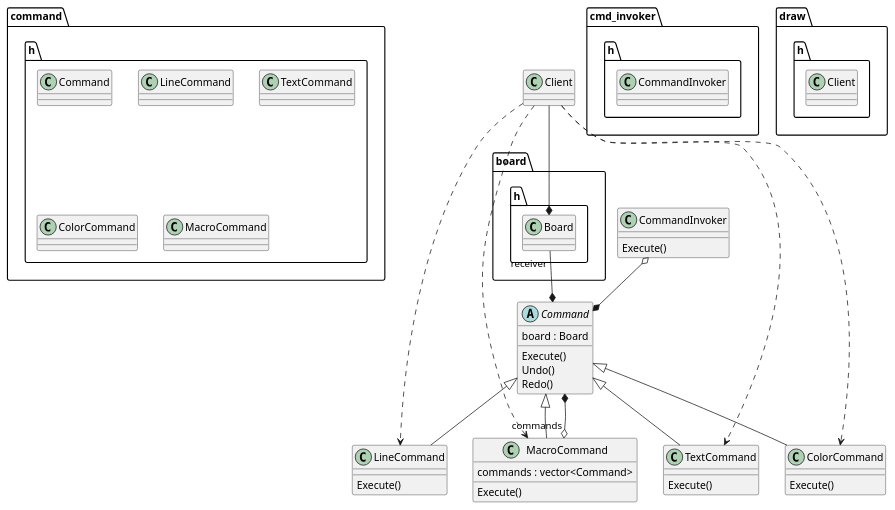
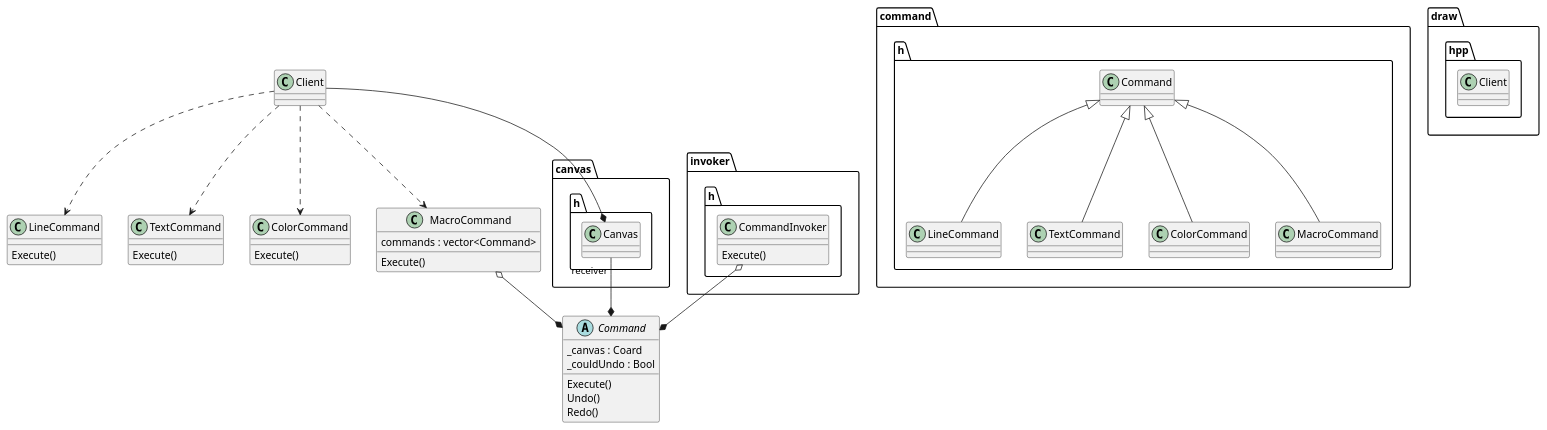
One commit to Farrrrland/Fudan_OOT_2022 changed the third of 4 diagrams in Design.md. Above: the diagram before and after it, drawn with PlantUML. The commit also changed other lines of this file, not shown here.

````diff
--- a/Design.md
+++ b/Design.md
@@ -71,60 +59,50 @@
 ```plantuml
 @startuml
 package command.h {
-    class Command
-    class LineCommand
-    class TextCommand
-    class ColorCommand
-    class MacroCommand
+    class LineCommand extends Command
+    class TextCommand extends Command
+    class ColorCommand extends Command
+    class MacroCommand extends Command
 }
 abstract class Command {
-    board : Board
+    _canvas : Coard
+    _couldUndo : Bool
     Execute()
     Undo()
     Redo()
 }
-
-class LineCommand extends Command {
+class LineCommand {
     Execute()
 }
-
-class TextCommand extends Command {
+class TextCommand {
     Execute()
 }
-
-class ColorCommand extends Command {
+class ColorCommand {
     Execute()
 }
-
-class MacroCommand extends Command {
+class MacroCommand {
     commands : vector<Command>
     Execute()
 }
-MacroCommand "commands" o--* Command
-
-package cmd_invoker.h {
-    class CommandInvoker
-}
-
-class CommandInvoker {
-    Execute()
+MacroCommand o--* Command
+package invoker.h {
+    class CommandInvoker {
+        Execute()
+    }
 }
 CommandInvoker  o--* Command
-
-package board.h {
-    class Board
+package canvas.h {
+    class Canvas
 }
-Board  "receiver" --* Command
-
-package draw.h {
+Canvas  "receiver" --* Command
+package draw.hpp {
     class Client
 }
 class Client
-Client --* Board
+Client --* Canvas
 Client ..> MacroCommand
 Client ..> TextCommand
 Client ..> LineCommand
 Client ..> ColorCommand
-
 @enduml
 ```
````
